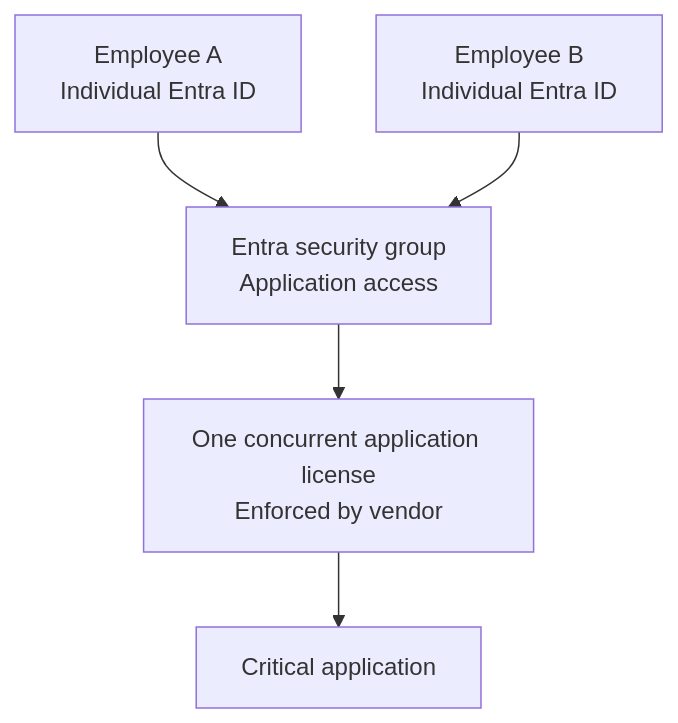
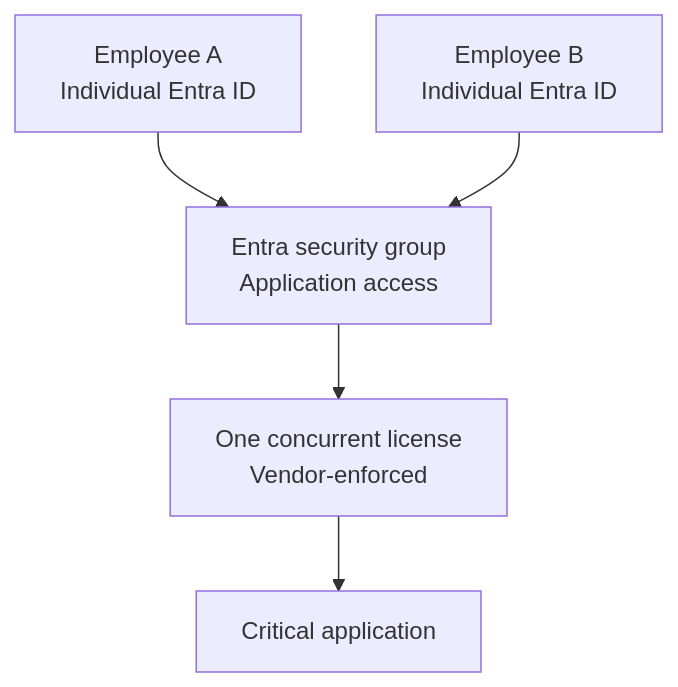
One commit to MDAStanford/Questions-Of-The-Day changed the diagram in 2026-11-05/README.md. Above: the diagram before and after it, drawn with Mermaid. The commit also changed other lines of this file, not shown here.

Commit message:
Simplify November 5 case to risks, response, and diagram

````diff
--- a/2026-11-05/README.md
+++ b/2026-11-05/README.md
@@ -18,12 +25,12 @@
 ```mermaid
 flowchart TD
     A["Employee A<br/>Individual Entra ID"]
     B["Employee B<br/>Individual Entra ID"]
     G["Entra security group<br/>Application access"]
-    L["One concurrent application license<br/>Enforced by vendor"]
+    L["One concurrent license<br/>Vendor-enforced"]
     C["Critical application"]
     A --> G
     B --> G
     G --> L
     L --> C
 ```
````
